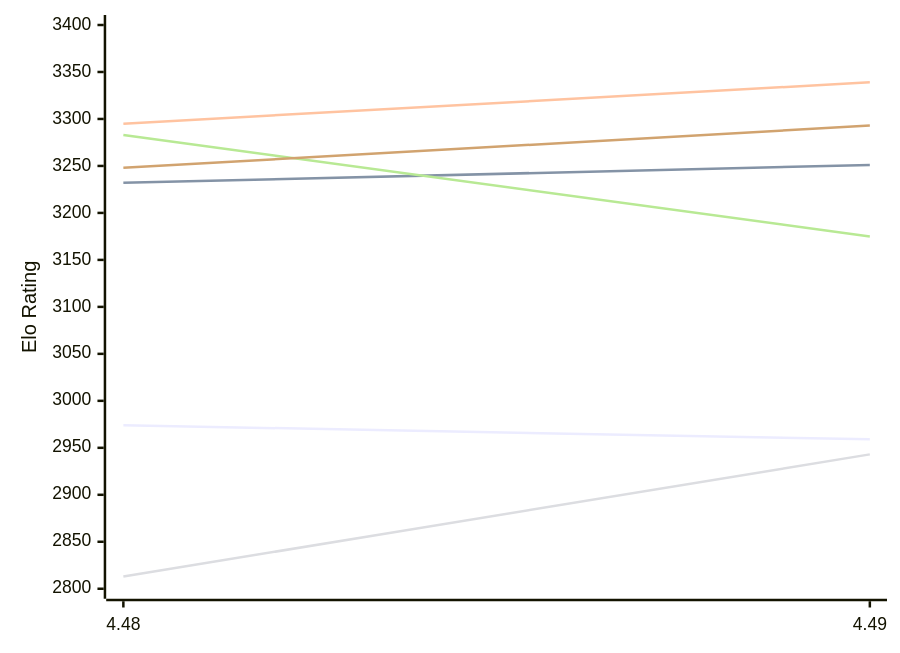
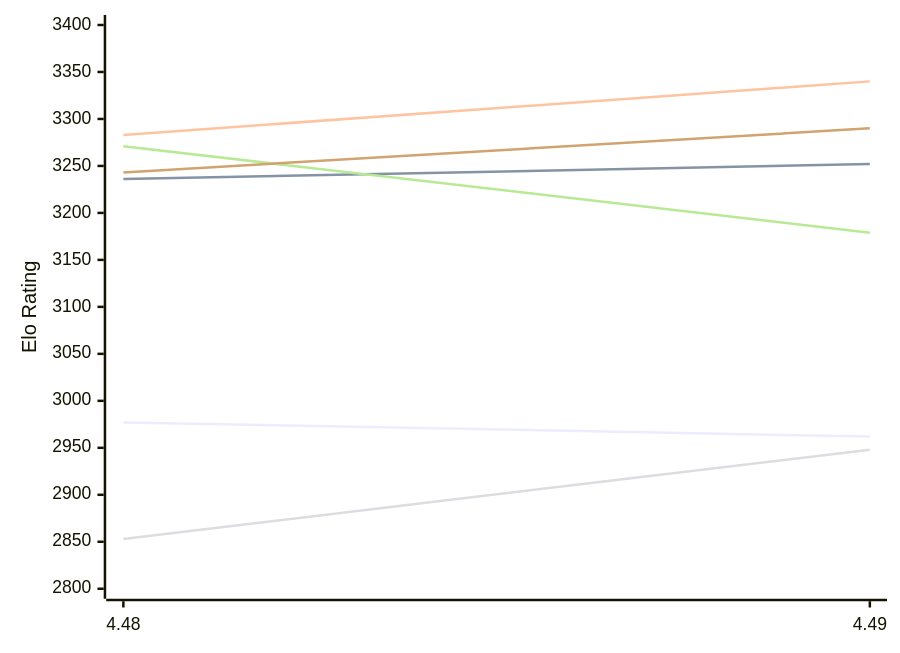
The first of 2 diagrams in engines/Cheng4.md (computer-chess-index/cci), drawn with Mermaid before and after one commit. The commit also changed other lines of this file, not shown here.

Commit message:
Update CCI Ratings (ELO VLTC) - 2026-11-17

````diff
--- a/engines/Cheng4.md
+++ b/engines/Cheng4.md
@@ -50,12 +50,12 @@
 ```mermaid
 %%{init: {"theme":"base","themeVariables":{"seriesColors:['#a3a3a3','#222221','#faa371']}}}%%
 xychart-beta
   x-axis ["4.48", "4.49"]
   y-axis "Elo Rating" 2800 --> 3400
-  line "E1: STC (8.0+0.08s)" [2974, 2959]
-  line "E1: LTC (60.0+0.60s)" [3232, 3251]
-  line "E1: VLTC (2m24s+1.12s)" [3295, 3339]
-  line "P1: STC (8.0+0.08s)" [2813, 2943]
-  line "P1: LTC (60.0+0.60s)" [3283, 3175]
-  line "P1: VLTC (2m24s+1.12s)" [3248, 3293]
+  line "E1: STC (8.0+0.08s)" [2977, 2962]
+  line "E1: LTC (60.0+0.60s)" [3236, 3252]
+  line "E1: VLTC (2m24s+1.12s)" [3283, 3340]
+  line "P1: STC (8.0+0.08s)" [2853, 2948]
+  line "P1: LTC (60.0+0.60s)" [3271, 3179]
+  line "P1: VLTC (2m24s+1.12s)" [3243, 3290]
 ```
````
